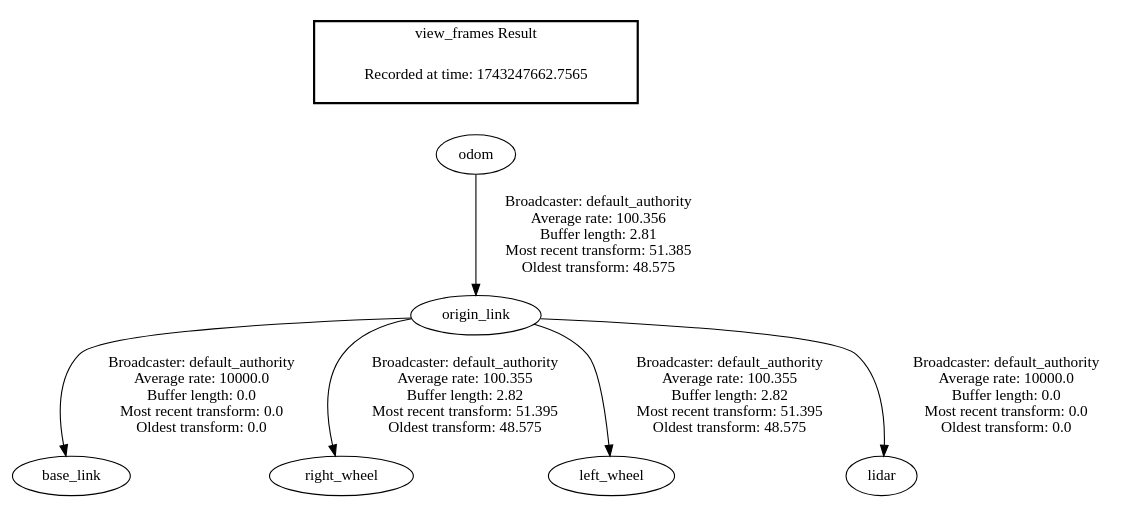
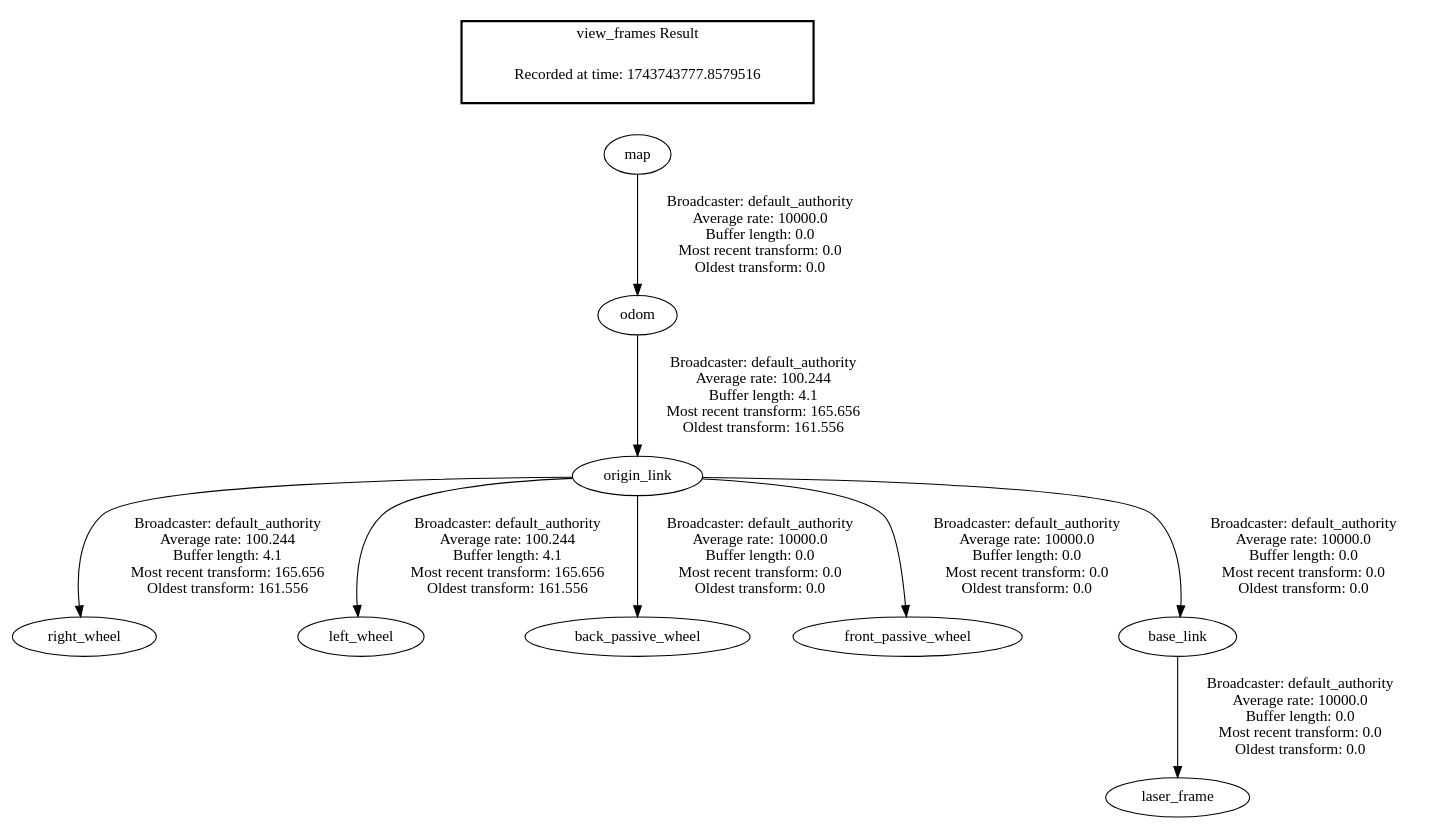
One commit to thanhlong103/swarm_robot changed the diagram in simulation_ws/frames.gv. Above: the diagram before and after it, drawn with Graphviz. The commit also changed 88 other files, not shown here.

```diff
--- a/simulation_ws/frames.gv
+++ b/simulation_ws/frames.gv
@@ -1,11 +1,14 @@
 digraph G {
+"origin_link" -> "right_wheel"[label=" Broadcaster: default_authority\nAverage rate: 100.244\nBuffer length: 4.1\nMost recent transform: 165.656\nOldest transform: 161.556\n"];
+"odom" -> "origin_link"[label=" Broadcaster: default_authority\nAverage rate: 100.244\nBuffer length: 4.1\nMost recent transform: 165.656\nOldest transform: 161.556\n"];
+"origin_link" -> "left_wheel"[label=" Broadcaster: default_authority\nAverage rate: 100.244\nBuffer length: 4.1\nMost recent transform: 165.656\nOldest transform: 161.556\n"];
+"map" -> "odom"[label=" Broadcaster: default_authority\nAverage rate: 10000.0\nBuffer length: 0.0\nMost recent transform: 0.0\nOldest transform: 0.0\n"];
+"origin_link" -> "back_passive_wheel"[label=" Broadcaster: default_authority\nAverage rate: 10000.0\nBuffer length: 0.0\nMost recent transform: 0.0\nOldest transform: 0.0\n"];
+"origin_link" -> "front_passive_wheel"[label=" Broadcaster: default_authority\nAverage rate: 10000.0\nBuffer length: 0.0\nMost recent transform: 0.0\nOldest transform: 0.0\n"];
+"base_link" -> "laser_frame"[label=" Broadcaster: default_authority\nAverage rate: 10000.0\nBuffer length: 0.0\nMost recent transform: 0.0\nOldest transform: 0.0\n"];
 "origin_link" -> "base_link"[label=" Broadcaster: default_authority\nAverage rate: 10000.0\nBuffer length: 0.0\nMost recent transform: 0.0\nOldest transform: 0.0\n"];
-"origin_link" -> "right_wheel"[label=" Broadcaster: default_authority\nAverage rate: 100.355\nBuffer length: 2.82\nMost recent transform: 51.395\nOldest transform: 48.575\n"];
-"odom" -> "origin_link"[label=" Broadcaster: default_authority\nAverage rate: 100.356\nBuffer length: 2.81\nMost recent transform: 51.385\nOldest transform: 48.575\n"];
-"origin_link" -> "left_wheel"[label=" Broadcaster: default_authority\nAverage rate: 100.355\nBuffer length: 2.82\nMost recent transform: 51.395\nOldest transform: 48.575\n"];
-"origin_link" -> "lidar"[label=" Broadcaster: default_authority\nAverage rate: 10000.0\nBuffer length: 0.0\nMost recent transform: 0.0\nOldest transform: 0.0\n"];
 edge [style=invis];
  subgraph cluster_legend { style=bold; color=black; label ="view_frames Result";
-"Recorded at time: 1743247662.7565"[ shape=plaintext ] ;
-}->"odom";
+"Recorded at time: 1743743777.8579516"[ shape=plaintext ] ;
+}->"map";
 }
```
